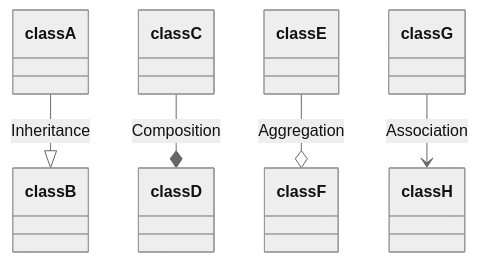
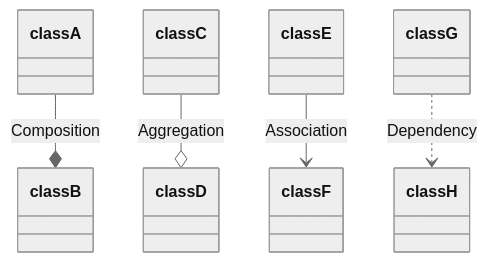
The first of 2 diagrams in 程式語言理論/零碎筆記.md (bingyangchen/KM-software), drawn with Mermaid (neutral theme) before and after one commit. The commit also changed other lines of this file and 32 other files, not shown here.

````diff
--- a/程式語言理論/零碎筆記.md
+++ b/程式語言理論/零碎筆記.md
@@ -98,7 +98,7 @@
 ```mermaid
 classDiagram
-classA --|> classB : Inheritance
-classC --* classD : Composition
-classE --o classF : Aggregation
-classG --> classH : Association
+    classA --* classB : Composition
+    classC --o classD : Aggregation
+    classE --> classF : Association
+    classG ..> classH : Dependency
 ```
````
